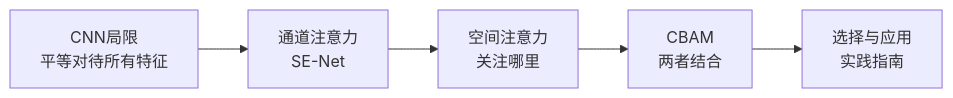
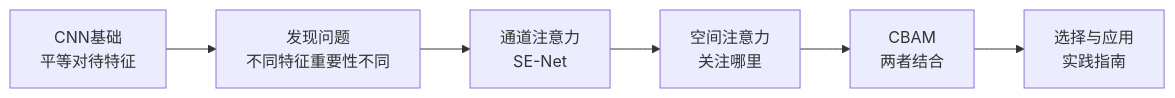
The diagram in source/attention-mechanisms/index.md (ulink-deep-learning-club/ulink-deeplearningclub-handouts), drawn with Mermaid before and after one commit. The commit also changed other lines of this file and 6 other files, not shown here.

````diff
--- a/source/attention-mechanisms/index.md
+++ b/source/attention-mechanisms/index.md
@@ -37,7 +40,8 @@
 ```{mermaid}
 graph LR
-    A["CNN局限<br/>平等对待所有特征"] --> B["通道注意力<br/>SE-Net"]
-    B --> C["空间注意力<br/>关注哪里"]
-    C --> D["CBAM<br/>两者结合"]
-    D --> E["选择与应用<br/>实践指南"]
+    A[CNN基础<br/>平等对待特征] --> B[发现问题<br/>不同特征重要性不同]
+    B --> C[通道注意力<br/>SE-Net]
+    C --> D[空间注意力<br/>关注哪里]
+    D --> E[CBAM<br/>两者结合]
+    E --> F[选择与应用<br/>实践指南]
 ```
````
